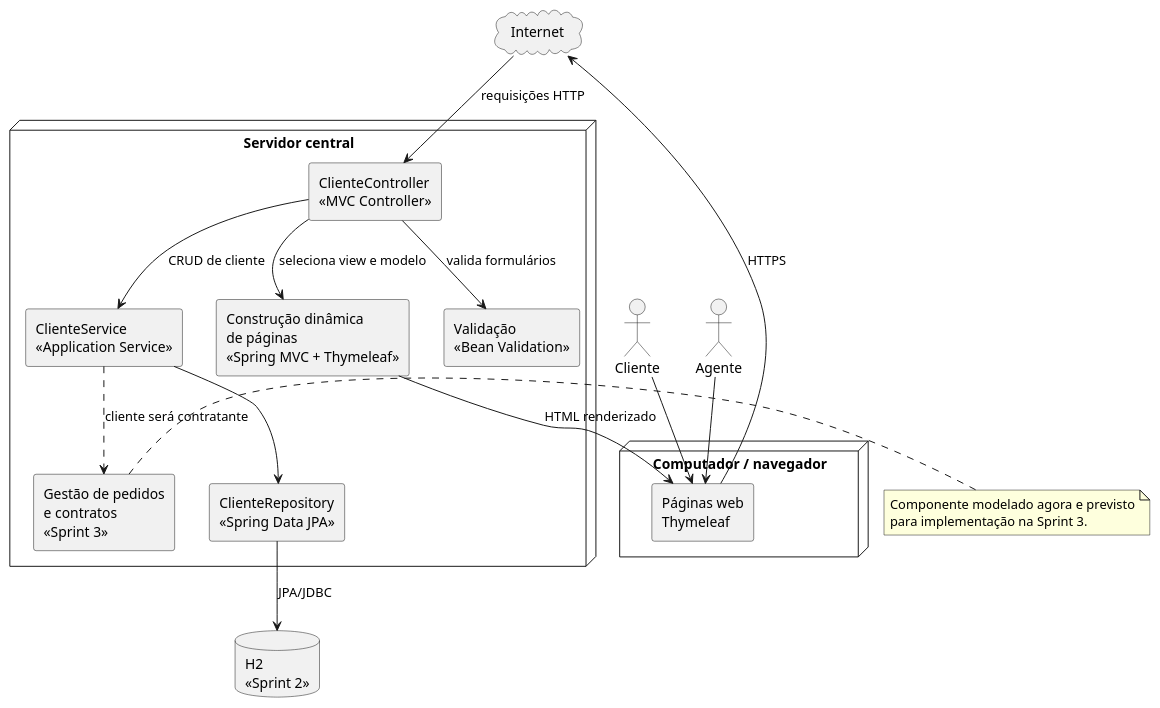
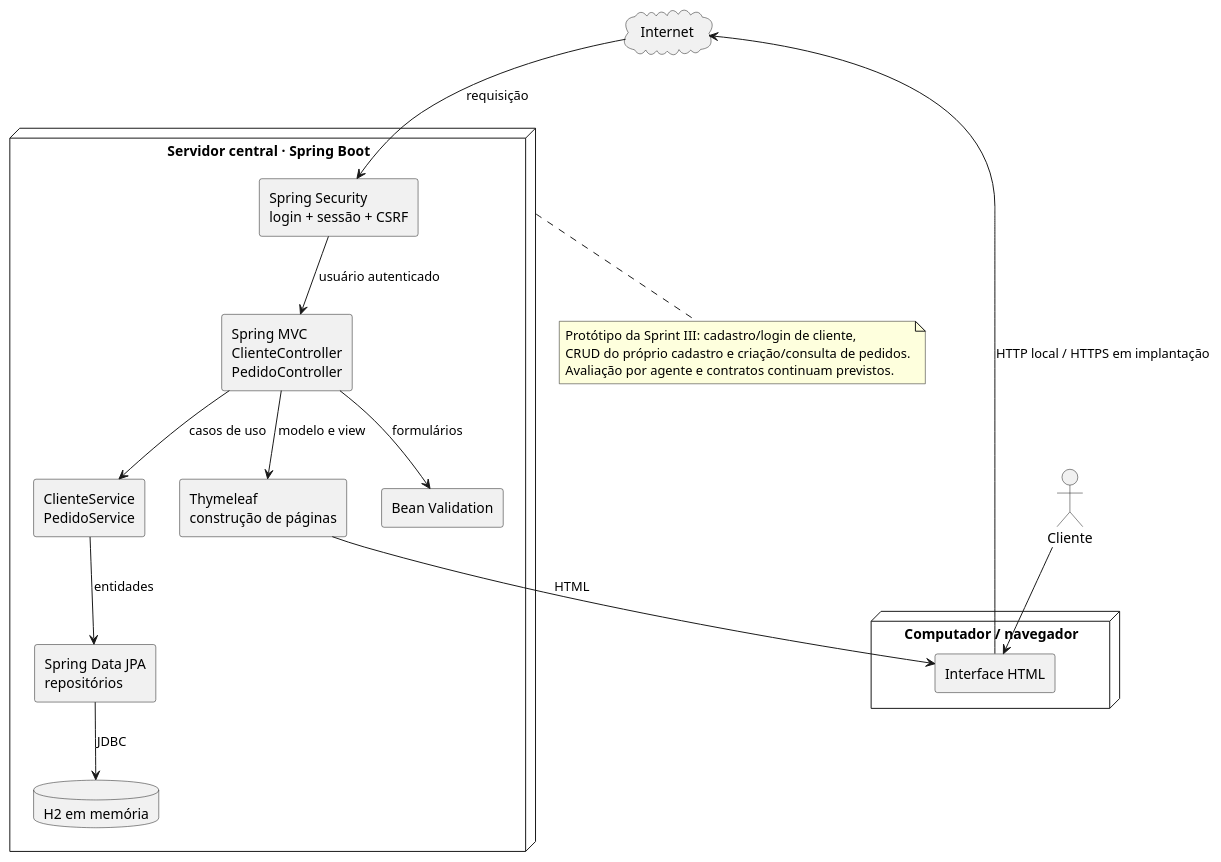
The diagram in docs/diagramas/diagrama-de-componentes.puml (lucasnmc12/lab02-aluguel-carros), drawn with PlantUML before and after one commit. The commit also changed other lines of this file and 17 other files, not shown here.

Commit message:
docs: revisa UML e adiciona diagrama de implantacao

```diff
--- a/docs/diagramas/diagrama-de-componentes.puml
+++ b/docs/diagramas/diagrama-de-componentes.puml
@@ -1,41 +1,36 @@
 @startuml diagrama_componentes_aluguel
 skinparam shadowing false
 skinparam componentStyle rectangle
 
 actor Cliente
-actor Agente
-
 node "Computador / navegador" as browser {
-  component "Páginas web\nThymeleaf" as pages
+  component "Interface HTML" as pagina
+}
+cloud Internet
+node "Servidor central · Spring Boot" as server {
+  component "Spring Security\nlogin + sessão + CSRF" as seguranca
+  component "Spring MVC\nClienteController\nPedidoController" as controller
+  component "Thymeleaf\nconstrução de páginas" as view
+  component "ClienteService\nPedidoService" as service
+  component "Bean Validation" as validation
+  component "Spring Data JPA\nrepositórios" as repository
+  database "H2 em memória" as banco
 }
 
-cloud Internet
+Cliente --> pagina
+pagina --> Internet : HTTP local / HTTPS em implantação
+Internet --> seguranca : requisição
+seguranca --> controller : usuário autenticado
+controller --> validation : formulários
+controller --> service : casos de uso
+controller --> view : modelo e view
+view --> pagina : HTML
+service --> repository : entidades
+repository --> banco : JDBC
 
-node "Servidor central" as server {
-  component "ClienteController\n<<MVC Controller>>" as controller
-  component "ClienteService\n<<Application Service>>" as service
-  component "Gestão de pedidos\ne contratos\n<<Sprint 3>>" as pedidos
-  component "Construção dinâmica\nde páginas\n<<Spring MVC + Thymeleaf>>" as web
-  component "ClienteRepository\n<<Spring Data JPA>>" as repository
-  component "Validação\n<<Bean Validation>>" as validation
-}
-
-database "H2\n<<Sprint 2>>" as database
-
-Cliente --> pages
-Agente --> pages
-pages --> Internet : HTTPS
-Internet --> controller : requisições HTTP
-controller --> validation : valida formulários
-controller --> service : CRUD de cliente
-controller --> web : seleciona view e modelo
-web --> pages : HTML renderizado
-service --> repository
-service ..> pedidos : cliente será contratante
-repository --> database : JPA/JDBC
-
-note right of pedidos
-  Componente modelado agora e previsto
-  para implementação na Sprint 3.
+note bottom of server
+  Protótipo da Sprint III: cadastro/login de cliente,
+  CRUD do próprio cadastro e criação/consulta de pedidos.
+  Avaliação por agente e contratos continuam previstos.
 end note
 @enduml
```
